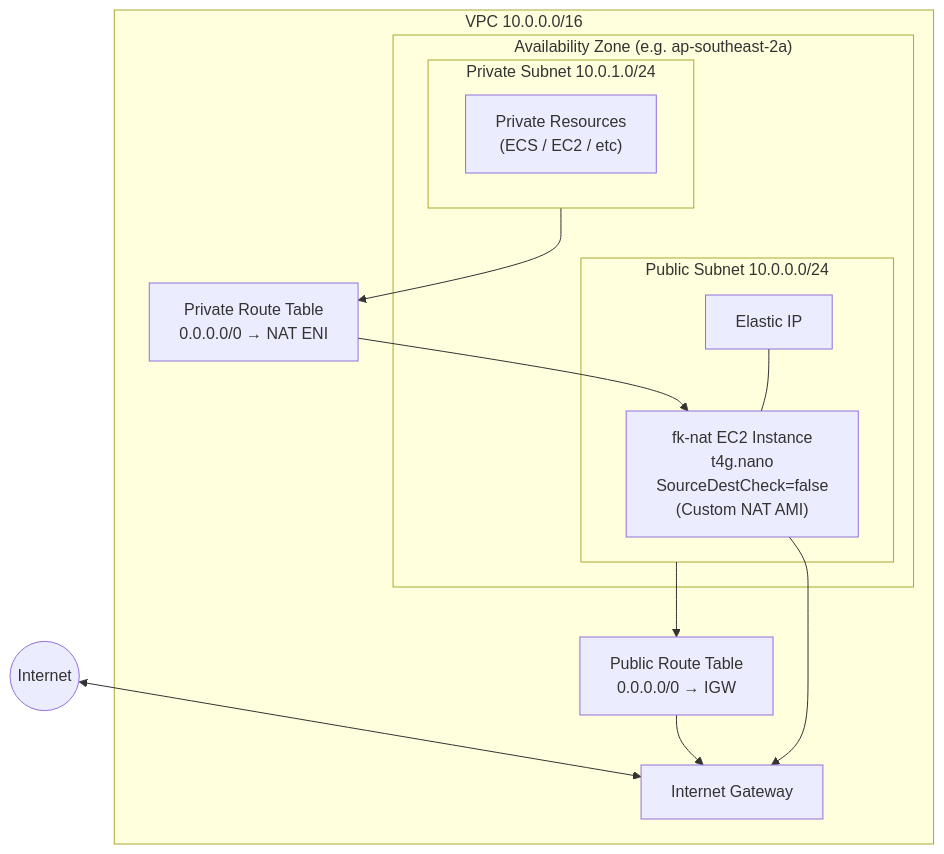
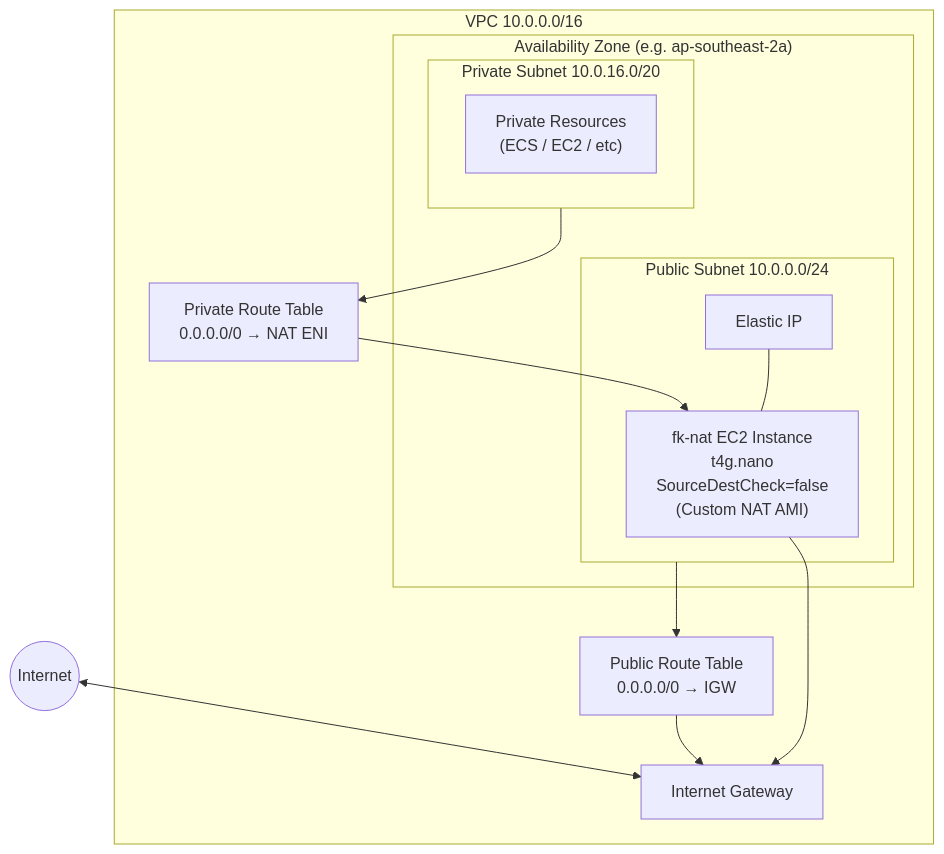
One commit to Chr1sC0de/energy-market-delta-lake changed the diagram in infrastructure/aws-pulumi/docs/vpc.md. Above: the diagram before and after it, drawn with Mermaid. The commit also changed other lines of this file and 27 other files, not shown here.

````diff
--- a/infrastructure/aws-pulumi/docs/vpc.md
+++ b/infrastructure/aws-pulumi/docs/vpc.md
@@ -12,56 +12,56 @@
 ```mermaid
 flowchart TB
 
     Internet((Internet))
 
     subgraph VPC["VPC 10.0.0.0/16"]
 
         IGW[Internet Gateway]
 
         subgraph AZ1["Availability Zone (e.g. ap-southeast-2a)"]
 
             subgraph PublicSubnet["Public Subnet 10.0.0.0/24"]
 
                 NAT["fk-nat EC2 Instance
                 t4g.nano
                 SourceDestCheck=false
                 (Custom NAT AMI)"]
 
                 EIP["Elastic IP"]
             end
 
-            subgraph PrivateSubnet["Private Subnet 10.0.1.0/24"]
+            subgraph PrivateSubnet["Private Subnet 10.0.16.0/20"]
 
                 PrivateWorkloads["Private Resources
                 (ECS / EC2 / etc)"]
             end
 
         end
 
         PublicRT["Public Route Table
         0.0.0.0/0 → IGW"]
 
         PrivateRT["Private Route Table
         0.0.0.0/0 → NAT ENI"]
 
     end
 
     %% Internet connectivity
     Internet <--> IGW
 
     %% Route table associations (subnet-level, not resource-level)
     PublicSubnet --> PublicRT
     PrivateSubnet --> PrivateRT
 
     %% Public subnet routing
     PublicRT --> IGW
 
     %% Private subnet routing via NAT
     PrivateRT --> NAT
 
     %% NAT instance behavior
     NAT --> IGW
 
     %% EIP association
     EIP --- NAT
 ```
````
